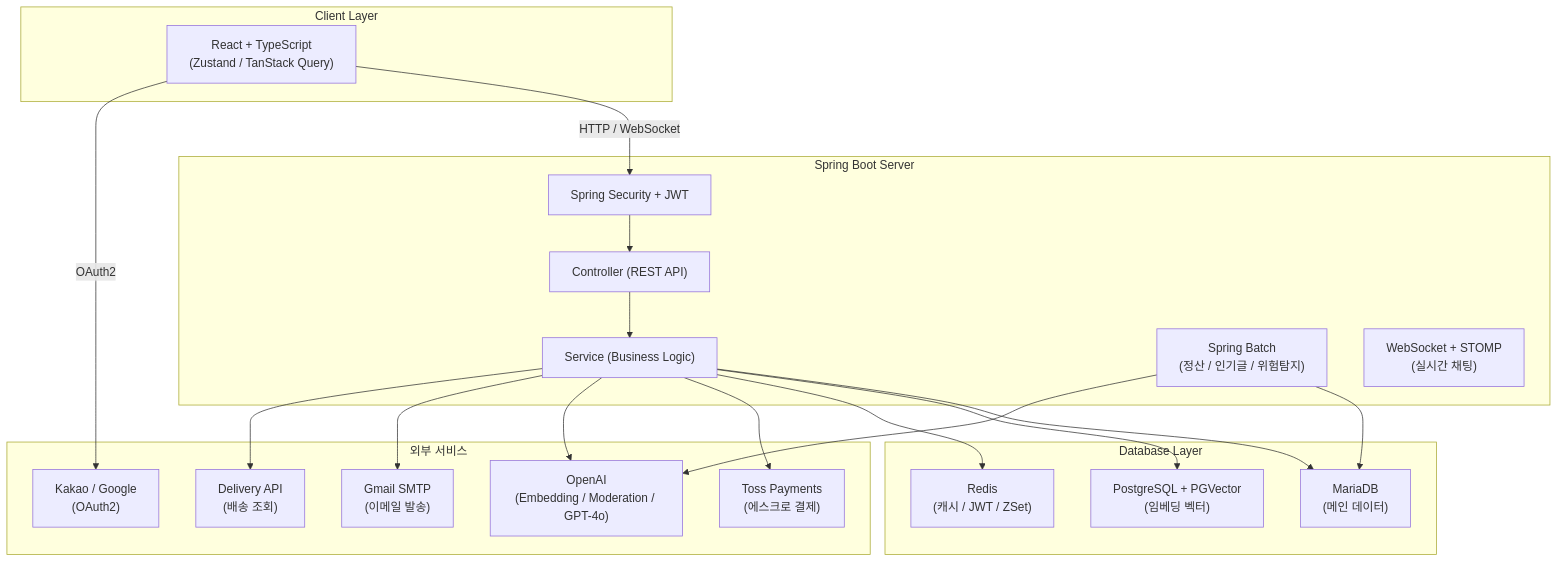
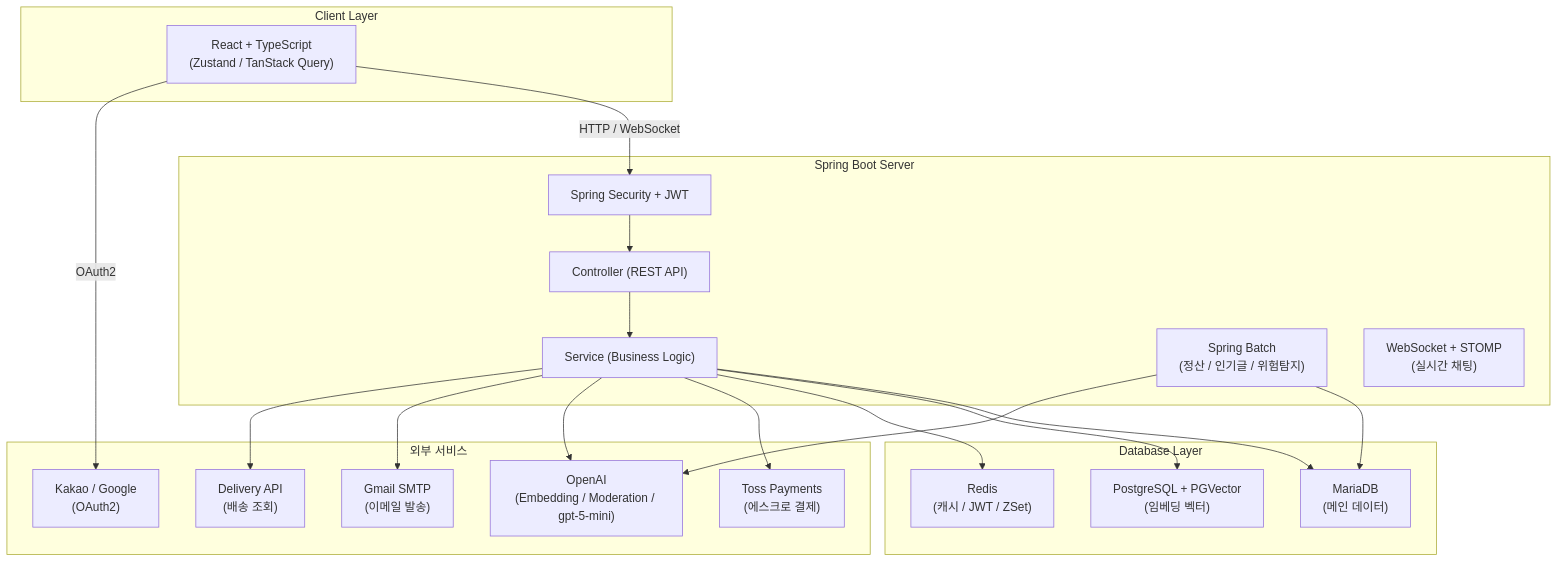
Before and after one commit to ppaapp220022/RE_FORM_Shop_2605_home: the first of 2 diagrams in README.md, drawn with Mermaid. The commit also changed other lines of this file, not shown here.

````diff
--- a/README.md
+++ b/README.md
@@ -92,42 +93,42 @@
 ```mermaid
 graph TD
     subgraph Client["Client Layer"]
         FE["React + TypeScript\n(Zustand / TanStack Query)"]
     end
 
     subgraph Server["Spring Boot Server"]
         SEC["Spring Security + JWT"]
         CTRL["Controller (REST API)"]
         SVC["Service (Business Logic)"]
         BATCH["Spring Batch\n(정산 / 인기글 / 위험탐지)"]
         WS["WebSocket + STOMP\n(실시간 채팅)"]
     end
 
     subgraph DB["Database Layer"]
         MARIA["MariaDB\n(메인 데이터)"]
         PG["PostgreSQL + PGVector\n(임베딩 벡터)"]
         REDIS["Redis\n(캐시 / JWT / ZSet)"]
     end
 
     subgraph External["외부 서비스"]
         TOSS["Toss Payments\n(에스크로 결제)"]
-        OPENAI["OpenAI\n(Embedding / Moderation / GPT-4o)"]
+        OPENAI["OpenAI\n(Embedding / Moderation / gpt-5-mini)"]
         GMAIL["Gmail SMTP\n(이메일 발송)"]
         DELIVERY["Delivery API\n(배송 조회)"]
         KAKAO["Kakao / Google\n(OAuth2)"]
     end
 
     FE -->|HTTP / WebSocket| SEC
     SEC --> CTRL
     CTRL --> SVC
     SVC --> MARIA
     SVC --> PG
     SVC --> REDIS
     BATCH --> MARIA
     BATCH --> OPENAI
     SVC --> TOSS
     SVC --> OPENAI
     SVC --> GMAIL
     SVC --> DELIVERY
     FE -->|OAuth2| KAKAO
 ```
````
